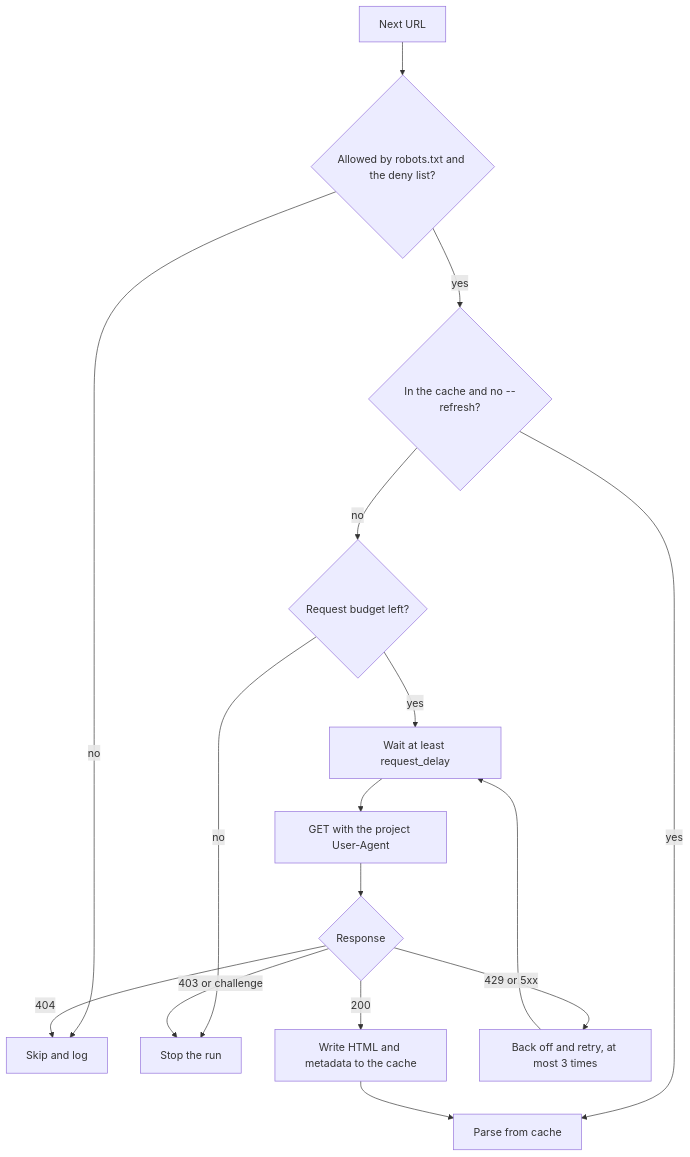
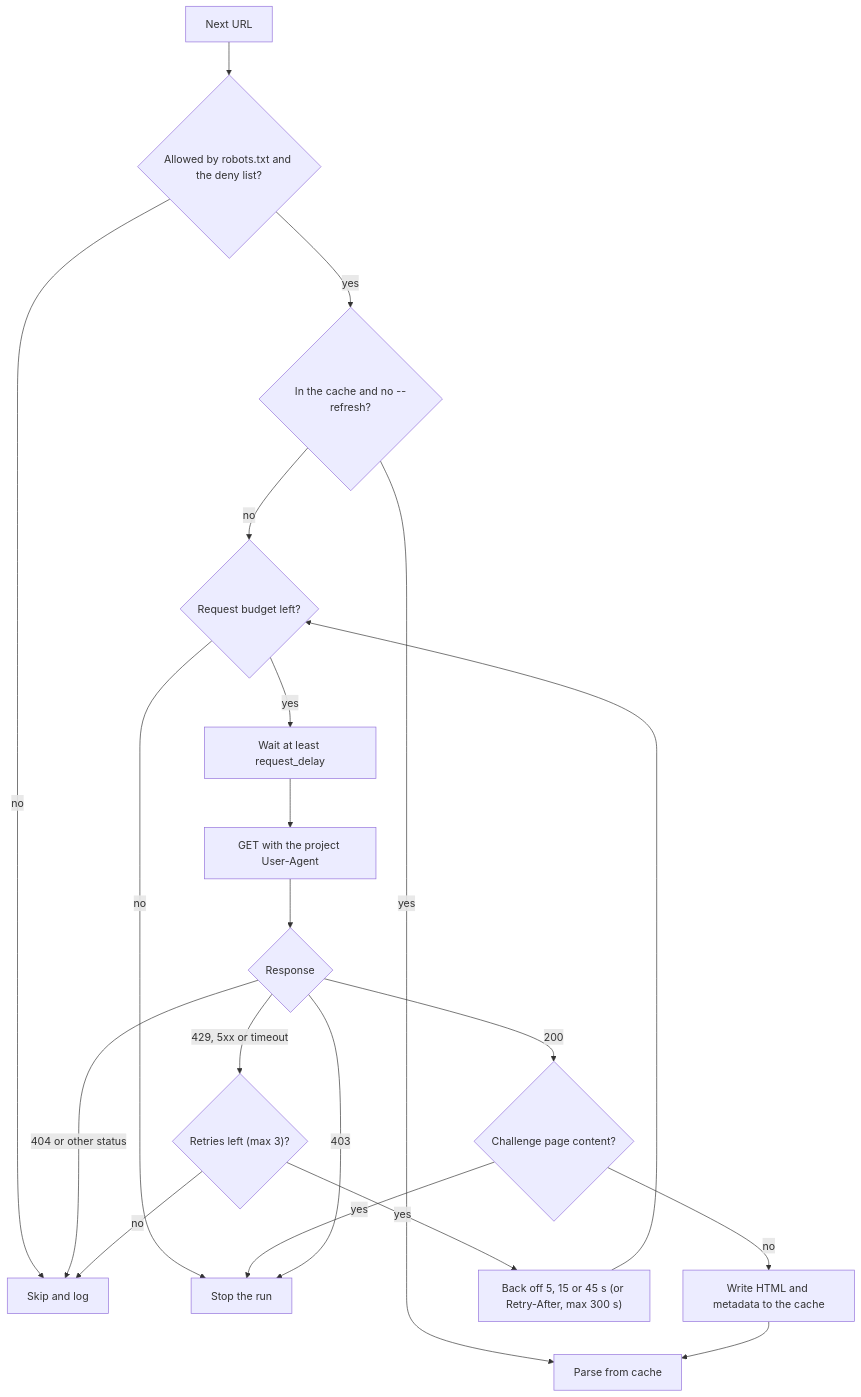
The diagram in docs/sources/policy.md (AleFire99/BS_Database), drawn with Mermaid before and after one commit. The commit also changed other lines of this file, not shown here.

First line of the commit message:
docs(sources): tighten policy flowchart, deny list and limits

````diff
--- a/docs/sources/policy.md
+++ b/docs/sources/policy.md
@@ -19,18 +19,22 @@
 ```mermaid
 flowchart TD
     url["Next URL"] --> rules{"Allowed by robots.txt and the deny list?"}
     rules -->|no| skip["Skip and log"]
     rules -->|yes| cache{"In the cache and no --refresh?"}
     cache -->|yes| parse["Parse from cache"]
     cache -->|no| budget{"Request budget left?"}
     budget -->|no| stop["Stop the run"]
     budget -->|yes| wait["Wait at least request_delay"]
     wait --> fetch["GET with the project User-Agent"]
     fetch --> status{"Response"}
-    status -->|200| store["Write HTML and metadata to the cache"]
+    status -->|200| challenge{"Challenge page content?"}
+    challenge -->|yes| stop
+    challenge -->|no| store["Write HTML and metadata to the cache"]
     store --> parse
-    status -->|404| skip
-    status -->|429 or 5xx| retry["Back off and retry, at most 3 times"]
-    retry --> wait
-    status -->|403 or challenge| stop
+    status -->|"404 or other status"| skip
+    status -->|"429, 5xx or timeout"| retries{"Retries left (max 3)?"}
+    retries -->|no| skip
+    retries -->|yes| backoff["Back off 5, 15 or 45 s (or Retry-After, max 300 s)"]
+    backoff --> budget
+    status -->|403| stop
 ```
````
